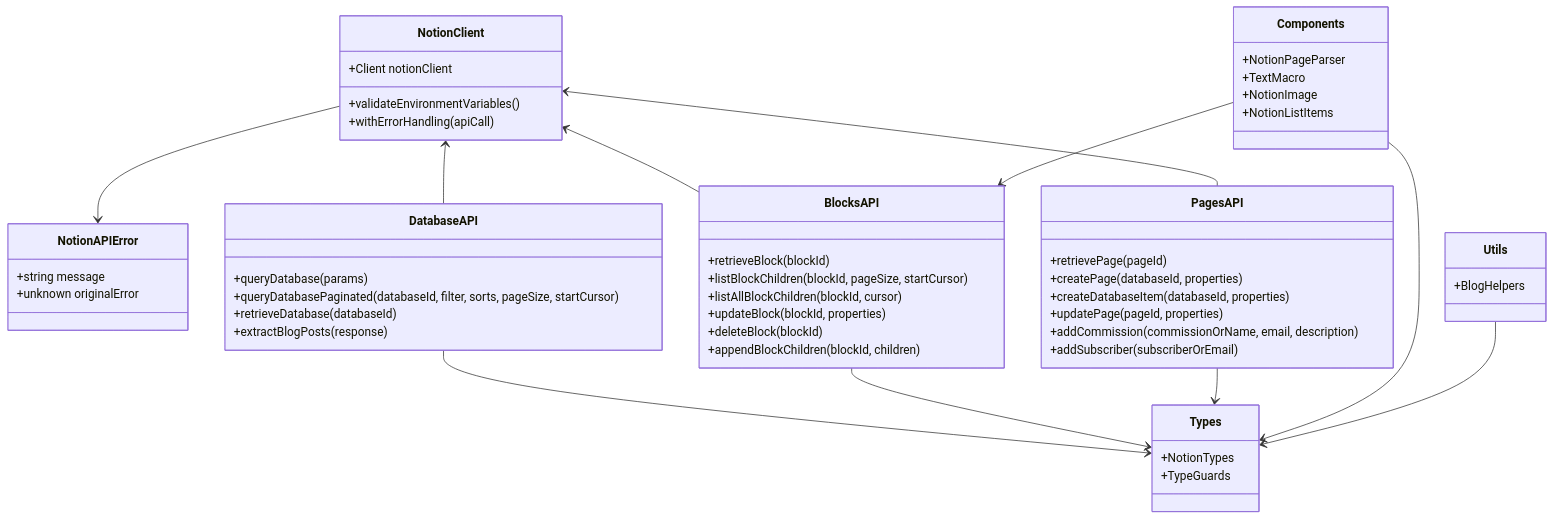
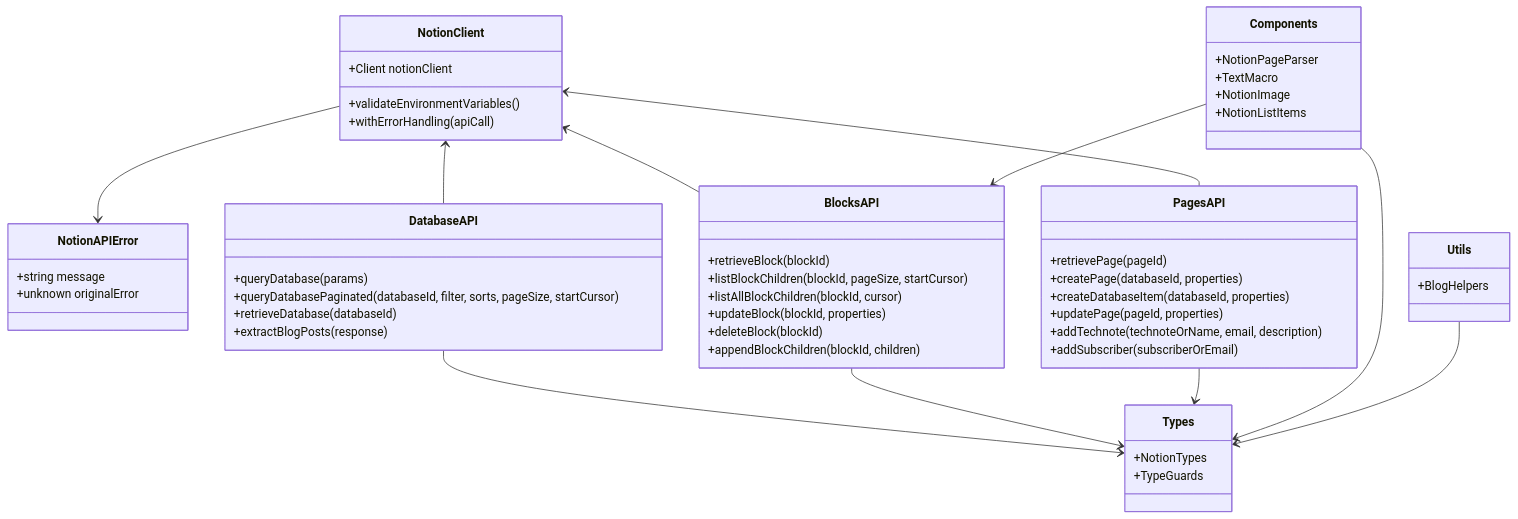
Before and after one commit to 3mdistal/alicealexandra.com: the diagram in src/lib/notion/API_DOCUMENTATION.md, drawn with Mermaid. The commit also changed other lines of this file, not shown here.

````diff
--- a/src/lib/notion/API_DOCUMENTATION.md
+++ b/src/lib/notion/API_DOCUMENTATION.md
@@ -19,68 +19,68 @@
 ```mermaid
 classDiagram
     class NotionClient {
         +Client notionClient
         +validateEnvironmentVariables()
         +withErrorHandling(apiCall)
     }
 
     class NotionAPIError {
         +string message
         +unknown originalError
     }
 
     class DatabaseAPI {
         +queryDatabase(params)
         +queryDatabasePaginated(databaseId, filter, sorts, pageSize, startCursor)
         +retrieveDatabase(databaseId)
         +extractBlogPosts(response)
     }
 
     class BlocksAPI {
         +retrieveBlock(blockId)
         +listBlockChildren(blockId, pageSize, startCursor)
         +listAllBlockChildren(blockId, cursor)
         +updateBlock(blockId, properties)
         +deleteBlock(blockId)
         +appendBlockChildren(blockId, children)
     }
 
     class PagesAPI {
         +retrievePage(pageId)
         +createPage(databaseId, properties)
         +createDatabaseItem(databaseId, properties)
         +updatePage(pageId, properties)
-        +addCommission(commissionOrName, email, description)
+        +addTechnote(technoteOrName, email, description)
         +addSubscriber(subscriberOrEmail)
     }
 
     class Components {
         +NotionPageParser
         +TextMacro
         +NotionImage
         +NotionListItems
     }
 
     class Types {
         +NotionTypes
         +TypeGuards
     }
 
     class Utils {
         +BlogHelpers
     }
 
     NotionClient <-- DatabaseAPI
     NotionClient <-- BlocksAPI
     NotionClient <-- PagesAPI
     NotionClient --> NotionAPIError
 
     DatabaseAPI --> Types
     BlocksAPI --> Types
     PagesAPI --> Types
 
     Components --> Types
     Components --> BlocksAPI
 
     Utils --> Types
 ```
````
